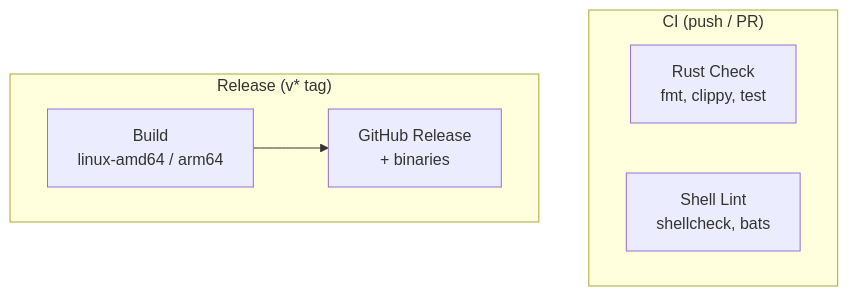
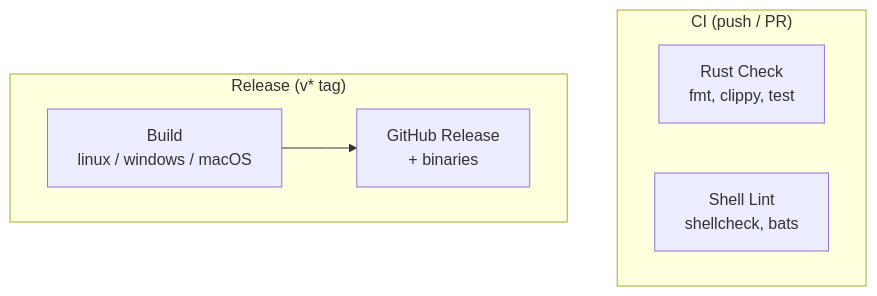
The second of 2 diagrams in README.md (rurusasu/article-collector), drawn with Mermaid before and after one commit. The commit also changed other lines of this file and 1 other file, not shown here.

First line of the commit message:
feat: add Windows and macOS builds to GitHub Releases (#10)

````diff
--- a/README.md
+++ b/README.md
@@ -211,15 +233,15 @@
 ```mermaid
 graph TB
   subgraph CI["CI (push / PR)"]
     direction LR
     rust["Rust Check<br/>fmt, clippy, test"]
     shell["Shell Lint<br/>shellcheck, bats"]
   end
 
   subgraph Release["Release (v* tag)"]
     direction LR
-    build["Build<br/>linux-amd64 / arm64"]
+    build["Build<br/>linux / windows / macOS"]
     gh_release["GitHub Release<br/>+ binaries"]
     build --> gh_release
   end
 ```
````
